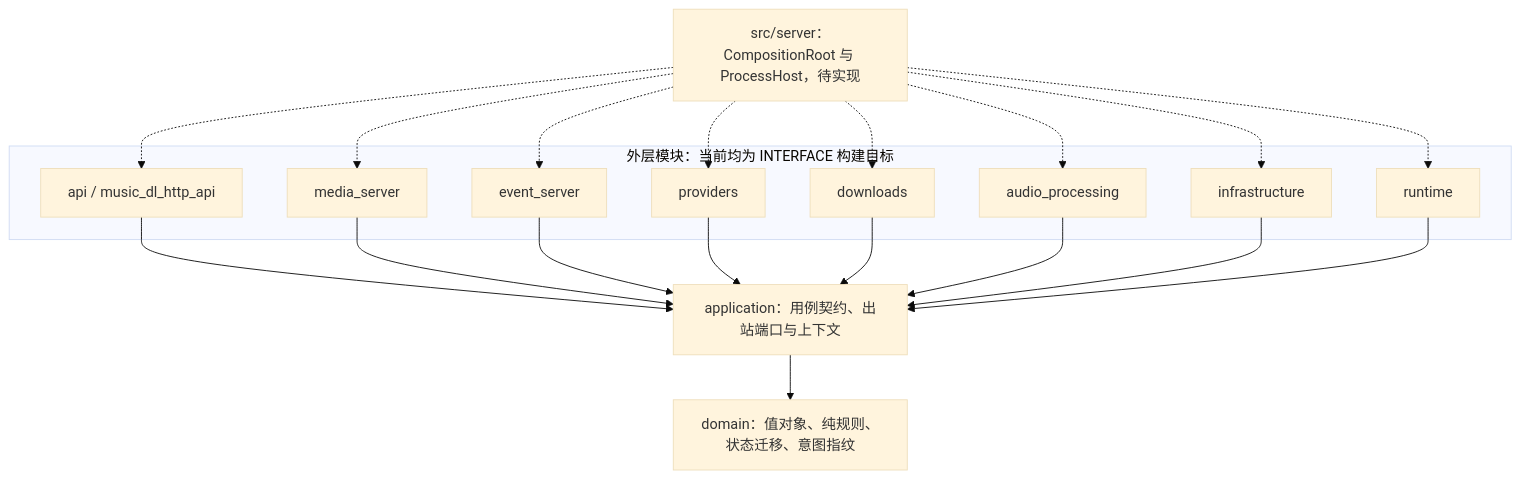
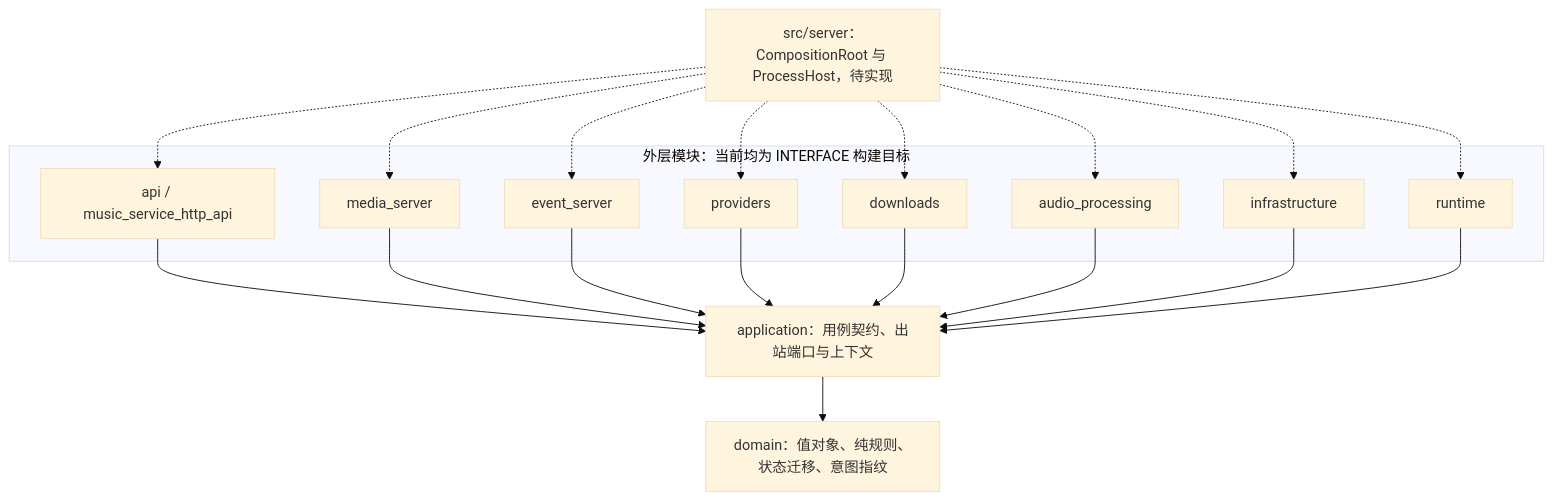
The first of 6 diagrams in docs/design/cpp20-refactor/architecture-details.md (ddmoyu/music-service), drawn with Mermaid (base theme) before and after one commit. The commit also changed other lines of this file and 81 other files, not shown here.

First line of the commit message:
refactor: rename the project to music-service

````diff
--- a/docs/design/cpp20-refactor/architecture-details.md
+++ b/docs/design/cpp20-refactor/architecture-details.md
@@ -22,33 +22,33 @@
 ```mermaid
 flowchart TB
     composition["src/server：CompositionRoot 与 ProcessHost，待实现"]
     subgraph adaptersLayer["外层模块：当前均为 INTERFACE 构建目标"]
-        api["api / music_dl_http_api"]
+        api["api / music_service_http_api"]
         media["media_server"]
         events["event_server"]
         providers["providers"]
         downloads["downloads"]
         audio["audio_processing"]
         infrastructure["infrastructure"]
         runtime["runtime"]
     end
     application["application：用例契约、出站端口与上下文"]
     domain["domain：值对象、纯规则、状态迁移、意图指纹"]
     composition -.-> api
     composition -.-> media
     composition -.-> events
     composition -.-> providers
     composition -.-> downloads
     composition -.-> audio
     composition -.-> infrastructure
     composition -.-> runtime
     api --> application
     media --> application
     events --> application
     providers --> application
     downloads --> application
     audio --> application
     infrastructure --> application
     runtime --> application
     application --> domain
 ```
````
